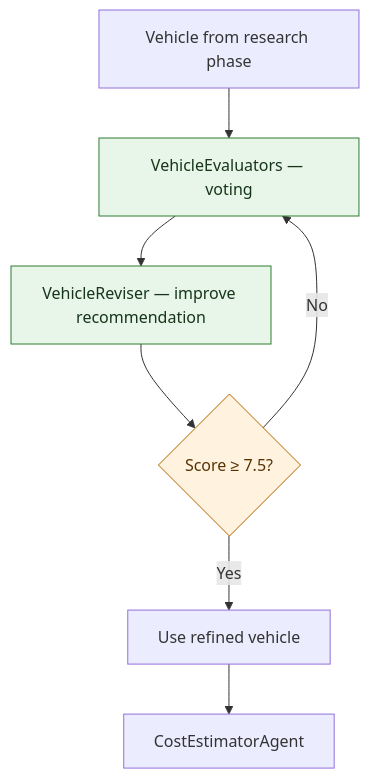
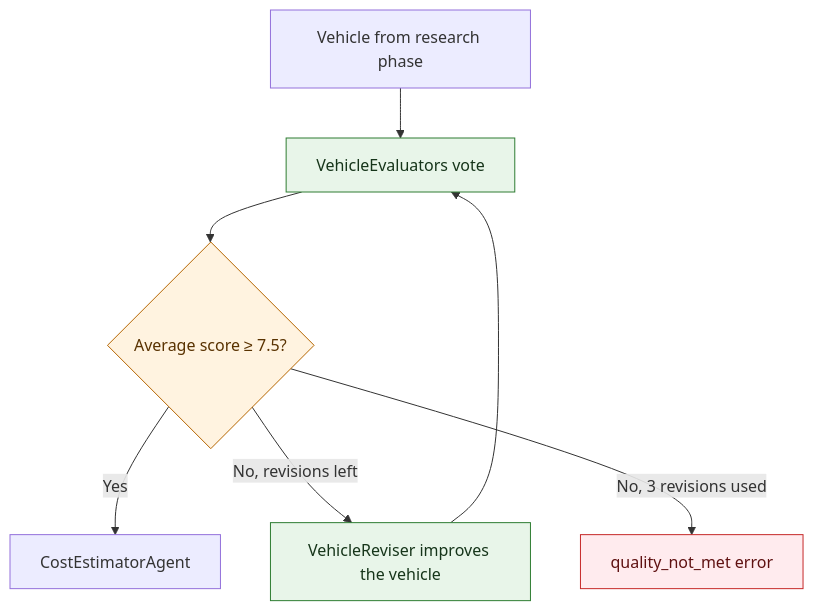
One commit to quarkusio/quarkus-workshop-langchain4j changed the second of 2 diagrams in docs/docs/section-3/step-03.md. Above: the diagram before and after it, drawn with Mermaid. The commit also changed other lines of this file and 7 other files, not shown here.

````diff
--- a/docs/docs/section-3/step-03.md
+++ b/docs/docs/section-3/step-03.md
@@ -37,16 +37,18 @@
 ```mermaid
 flowchart TD
-    accTitle: Vehicle review loop — evaluate, revise, check
-    accDescr: The loop runs evaluators in parallel via the voting planner, then the reviser refines the recommendation. The exit condition checks the evaluation score after the full iteration — if it reaches the threshold the loop exits, otherwise another round begins.
-    Start[Vehicle from research phase] --> Eval[VehicleEvaluators — voting]
-    Eval --> Revise[VehicleReviser — improve recommendation]
-    Revise --> Check{Score ≥ 7.5?}
-    Check -->|Yes| Exit[Use refined vehicle]
-    Check -->|No| Eval
-    Exit --> Cost[CostEstimatorAgent]
+    accTitle: Vehicle review loop
+    accDescr: The evaluators vote on the vehicle from the research phase. If the average score reaches 7.5, the loop exits and the vehicle goes to cost estimation. Otherwise the reviser improves the recommendation and the evaluators vote again. If the score is still too low after three revisions, the request fails with quality_not_met.
+    Start[Vehicle from research phase] --> Eval[VehicleEvaluators vote]
+    Eval --> Check{Average score ≥ 7.5?}
+    Check -->|Yes| Cost[CostEstimatorAgent]
+    Check -->|No, revisions left| Revise[VehicleReviser improves the vehicle]
+    Revise --> Eval
+    Check -->|No, 3 revisions used| Fail[quality_not_met error]
 
     classDef loop fill:#e8f5e9,stroke:#2e7d32,color:#16351a
     classDef check fill:#fff3e0,stroke:#b56500,color:#593200
+    classDef fail fill:#ffebee,stroke:#c62828,color:#5f1111
     class Eval,Revise loop
     class Check check
+    class Fail fail
 ```
````
